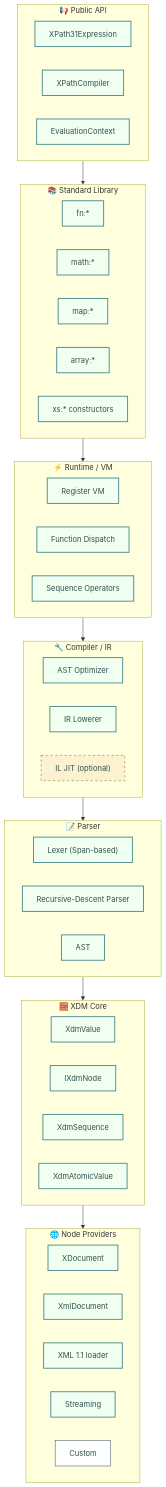
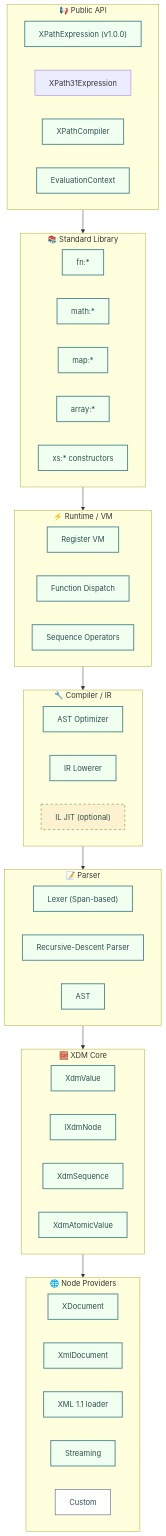
Before and after one commit to Fytala-Charles/Bosak: the first of 5 diagrams in docs/ARCHITECTURE.md, drawn with Mermaid. The commit also changed 10 other files, not shown here.

First line of the commit message:
release: v1.0.0 GA — pin bump + XPathExpression facade (#94)

````diff
--- a/docs/ARCHITECTURE.md
+++ b/docs/ARCHITECTURE.md
@@ -29,64 +29,65 @@
 ```mermaid
 flowchart TB
     subgraph API["📢 Public API"]
-        EXP["XPath31Expression"]
+        EXP["XPathExpression (v1.0.0)"]
+        EXP31["XPath31Expression"]
         COMP["XPathCompiler"]
         ECTX["EvaluationContext"]
     end
 
     subgraph STD["📚 Standard Library"]
         FN["fn:*"]
         MATH["math:*"]
         MAP["map:*"]
         ARR["array:*"]
         XS["xs:* constructors"]
     end
 
     subgraph RT["⚡ Runtime / VM"]
         VM["Register VM"]
         FD["Function Dispatch"]
         SO["Sequence Operators"]
     end
 
     subgraph CP["🔧 Compiler / IR"]
         ASTO["AST Optimizer"]
         IRL["IR Lowerer"]
         JIT["IL JIT (optional)"]
     end
 
     subgraph PR["📝 Parser"]
         LEX["Lexer (Span-based)"]
         PAR["Recursive-Descent Parser"]
         AST["AST"]
     end
 
     subgraph XC["🧱 XDM Core"]
         XV["XdmValue"]
         XN["IXdmNode"]
         XSQ["XdmSequence"]
         XAV["XdmAtomicValue"]
     end
 
     subgraph NP["🌐 Node Providers"]
         XD["XDocument"]
         XMLD["XmlDocument"]
         X11["XML 1.1 loader"]
         STR["Streaming"]
         CUST["Custom"]
     end
 
     API --> STD
     STD --> RT
     RT --> CP
     CP --> PR
     PR --> XC
     XC --> NP
 
     classDef current fill:#F0FFF0,stroke:#518D8F,color:#2F4F4F,stroke-width:2px
     classDef external fill:#FFFFFF,stroke:#293F5F,color:#2F4F4F
     classDef planned fill:#FDF2CF,stroke:#556B2F,color:#2F4F4F,stroke-dasharray:5 5
 
     class EXP,COMP,ECTX,FN,MATH,MAP,ARR,XS,VM,FD,SO,ASTO,IRL,LEX,PAR,AST,XV,XN,XSQ,XAV,XD,XMLD,X11,STR current
     class JIT planned
     class CUST external
 ```
````
